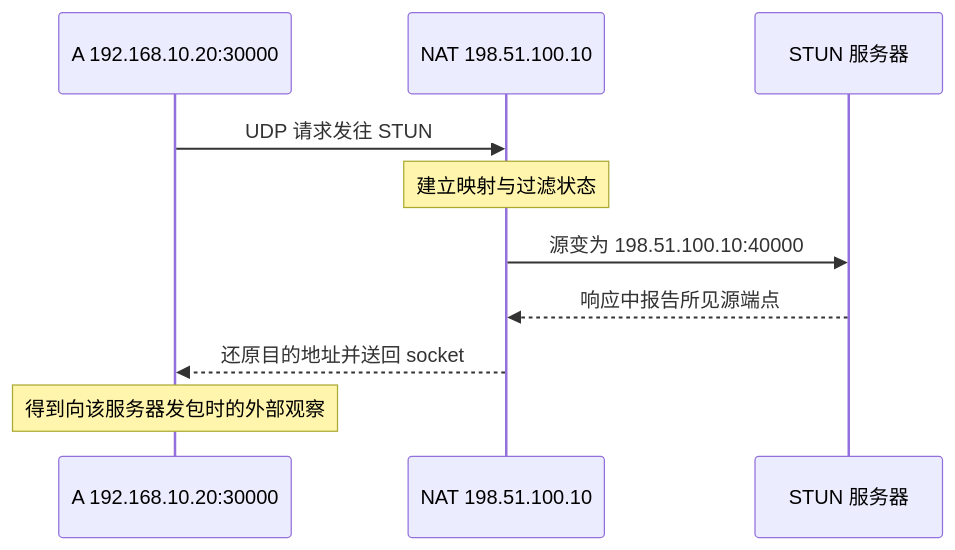
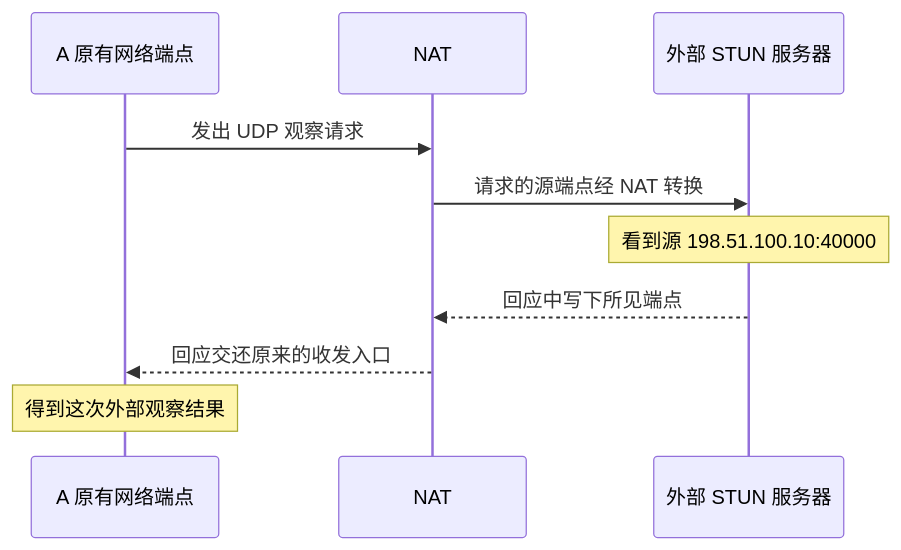
One commit to sonofmagic/easytier-docs changed the diagram in apps/website/chapters/10-stun.md. Above: the diagram before and after it, drawn with Mermaid. The commit also changed other lines of this file and 59 other files, not shown here.

````diff
--- a/apps/website/chapters/10-stun.md
+++ b/apps/website/chapters/10-stun.md
@@ -28,12 +31,12 @@
 ```mermaid
 sequenceDiagram
-  participant A as A 192.168.10.20:30000
-  participant N as NAT 198.51.100.10
-  participant S as STUN 服务器
-  A->>N: UDP 请求发往 STUN
-  Note over N: 建立映射与过滤状态
-  N->>S: 源变为 198.51.100.10:40000
-  S-->>N: 响应中报告所见源端点
-  N-->>A: 还原目的地址并送回 socket
-  Note over A: 得到向该服务器发包时的外部观察
+  participant A as A 原有网络端点
+  participant N as NAT
+  participant S as 外部 STUN 服务器
+  A->>N: 发出 UDP 观察请求
+  N->>S: 请求的源端点经 NAT 转换
+  Note over S: 看到源 198.51.100.10:40000
+  S-->>N: 回应中写下所见端点
+  N-->>A: 回应交还原来的收发入口
+  Note over A: 得到这次外部观察结果
 ```
````
